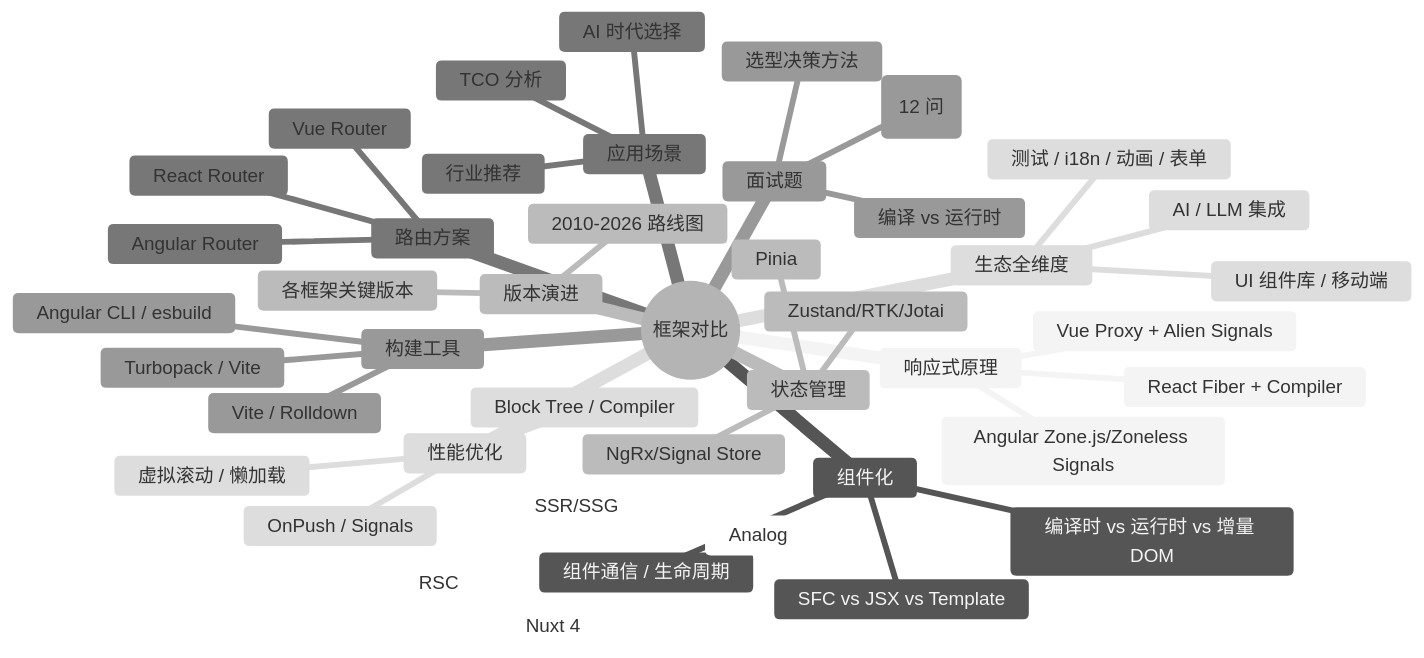
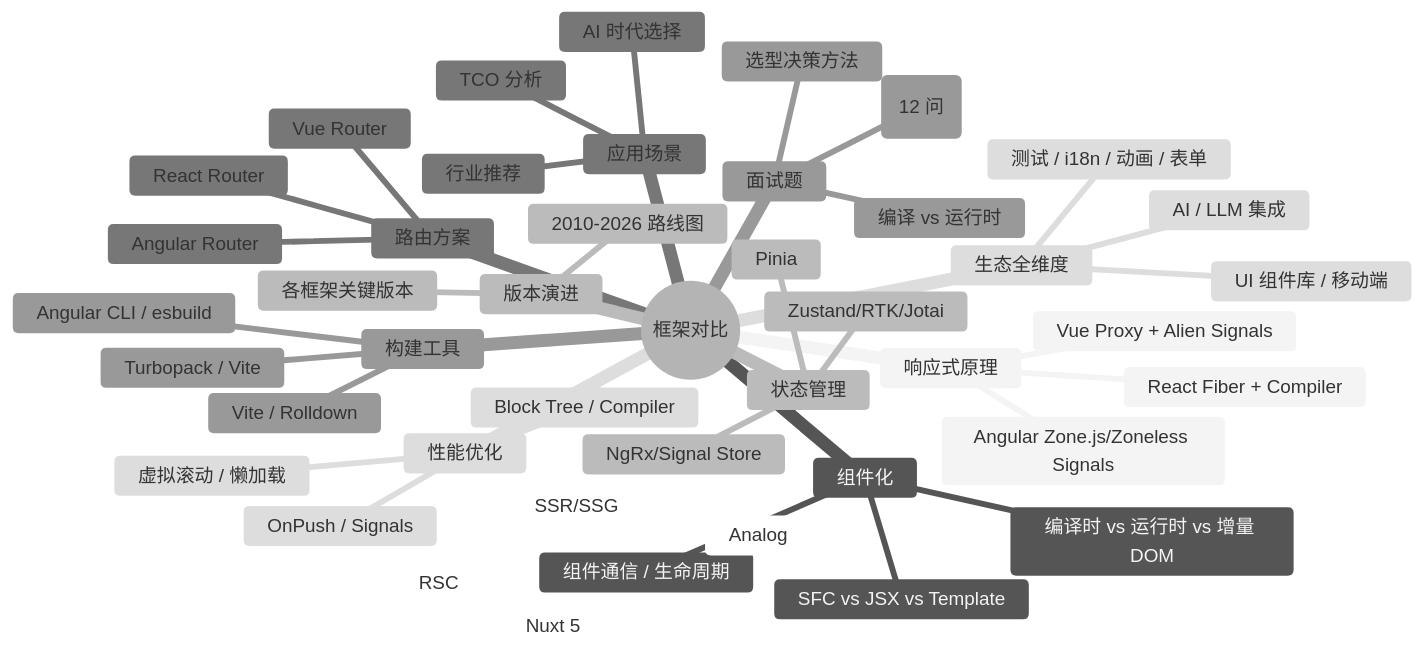
The first of 8 diagrams in S2-框架深入/07-框架对比.md (KMaybe01/common), drawn with Mermaid (neutral theme) before and after one commit. The commit also changed other lines of this file and 25 other files, not shown here.

````diff
--- a/S2-框架深入/07-框架对比.md
+++ b/S2-框架深入/07-框架对比.md
@@ -10,47 +12,47 @@
 ```mermaid
 mindmap
   root((框架对比))
     响应式原理
       Vue Proxy + Alien Signals
       React Fiber + Compiler
       Angular Zone.js/Zoneless Signals
     组件化
       SFC vs JSX vs Template
       编译时 vs 运行时 vs 增量 DOM
       组件通信 / 生命周期
     状态管理
       Pinia
       Zustand/RTK/Jotai
       NgRx/Signal Store
     路由方案
       Vue Router
       React Router
       Angular Router
     构建工具
       Vite / Rolldown
       Turbopack / Vite
       Angular CLI / esbuild
     生态全维度
       UI 组件库 / 移动端
       测试 / i18n / 动画 / 表单
       AI / LLM 集成
     SSR/SSG
-      Nuxt 4
-      Next.js 15 (RSC)
+      Nuxt 5
+      Next.js 16 (RSC)
       Analog
     性能优化
       虚拟滚动 / 懒加载
       OnPush / Signals
       Block Tree / Compiler
     版本演进
       2010-2026 路线图
       各框架关键版本
     面试题
       响应式差异 (12 问)
       编译 vs 运行时
       选型决策方法
     应用场景
       行业推荐
       TCO 分析
       AI 时代选择
 ```
````
